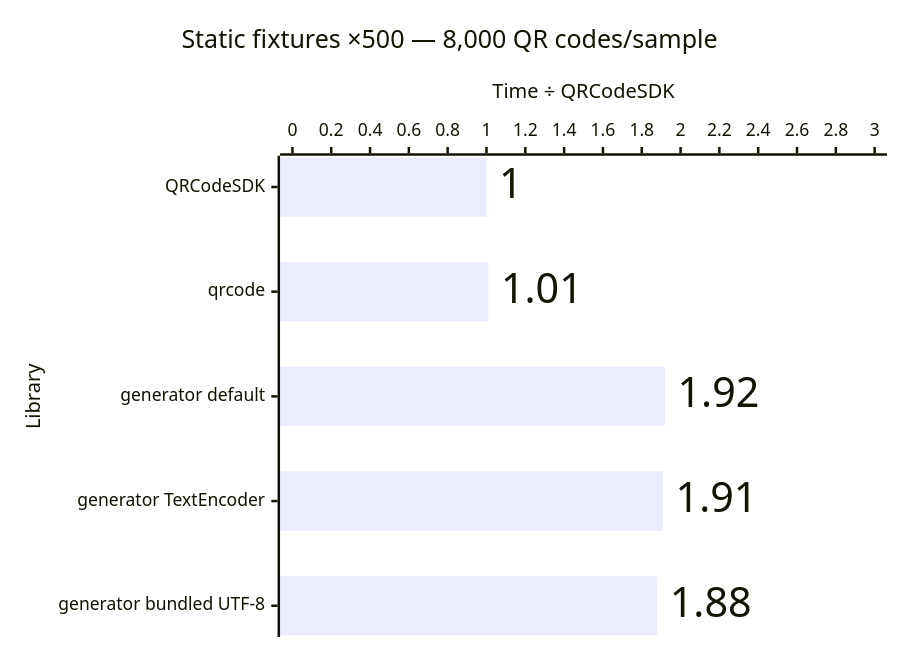
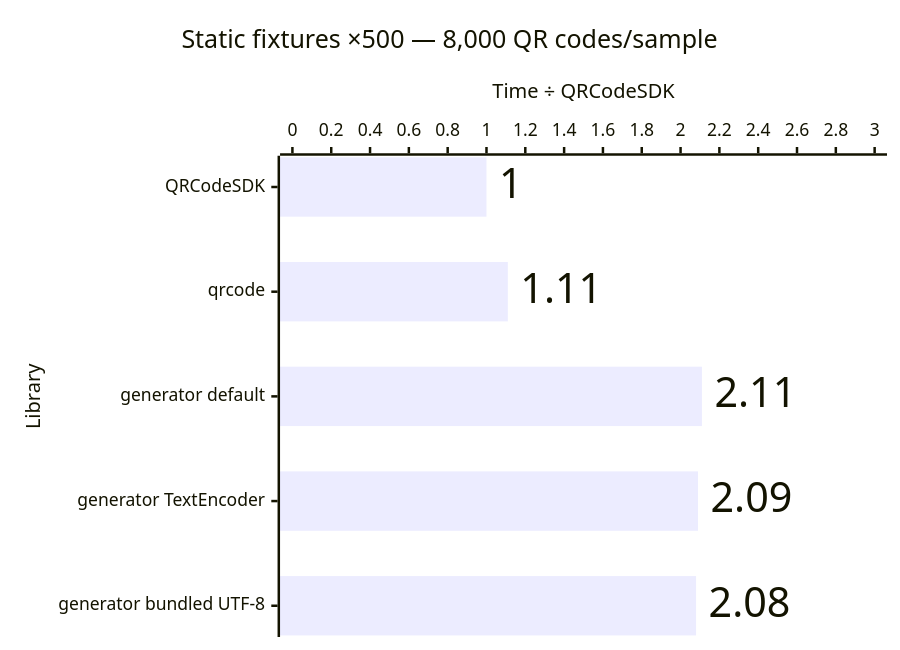
Diagram 11 of 12 in apps/docs/src/content/docs/advanced/performance.md (Dafnik/qrcodesdk), drawn with Mermaid before and after one commit. The commit also changed other lines of this file and 12 other files, not shown here.

````diff
--- a/apps/docs/src/content/docs/advanced/performance.md
+++ b/apps/docs/src/content/docs/advanced/performance.md
@@ -225,15 +225,15 @@
 ```mermaid
 ---
 config:
   xyChart:
     showDataLabel: true
     showDataLabelOutsideBar: true
 ---
 xychart horizontal
   accTitle: SVG generation: Static fixtures ×500 — 8,000 QR codes/sample
-  accDescr: Relative median time compared with QRCodeSDK. QRCodeSDK 1.00 times, qrcode 1.01 times, generator default 1.92 times, generator TextEncoder 1.91 times, generator bundled UTF-8 1.88 times. Lower is better.
+  accDescr: Relative median time compared with QRCodeSDK. QRCodeSDK 1.00 times, qrcode 1.11 times, generator default 2.11 times, generator TextEncoder 2.09 times, generator bundled UTF-8 2.08 times. Lower is better.
   title "Static fixtures ×500 — 8,000 QR codes/sample"
   x-axis "Library" ["QRCodeSDK", "qrcode", "generator default", "generator TextEncoder", "generator bundled UTF-8"]
   y-axis "Time ÷ QRCodeSDK" 0 --> 3.0
-  bar [1.00, 1.01, 1.92, 1.91, 1.88]
+  bar [1.00, 1.11, 2.11, 2.09, 2.08]
 ```
````
